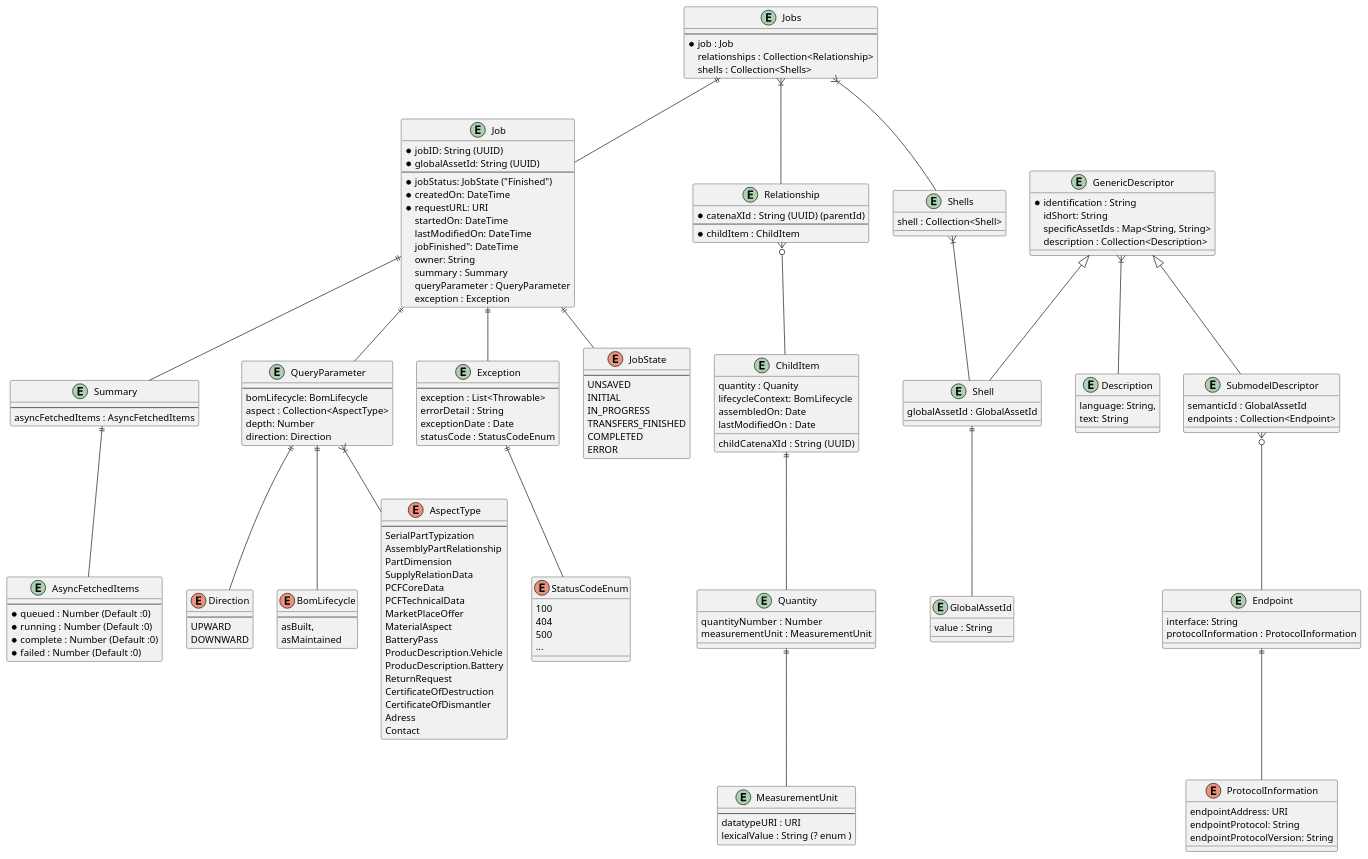
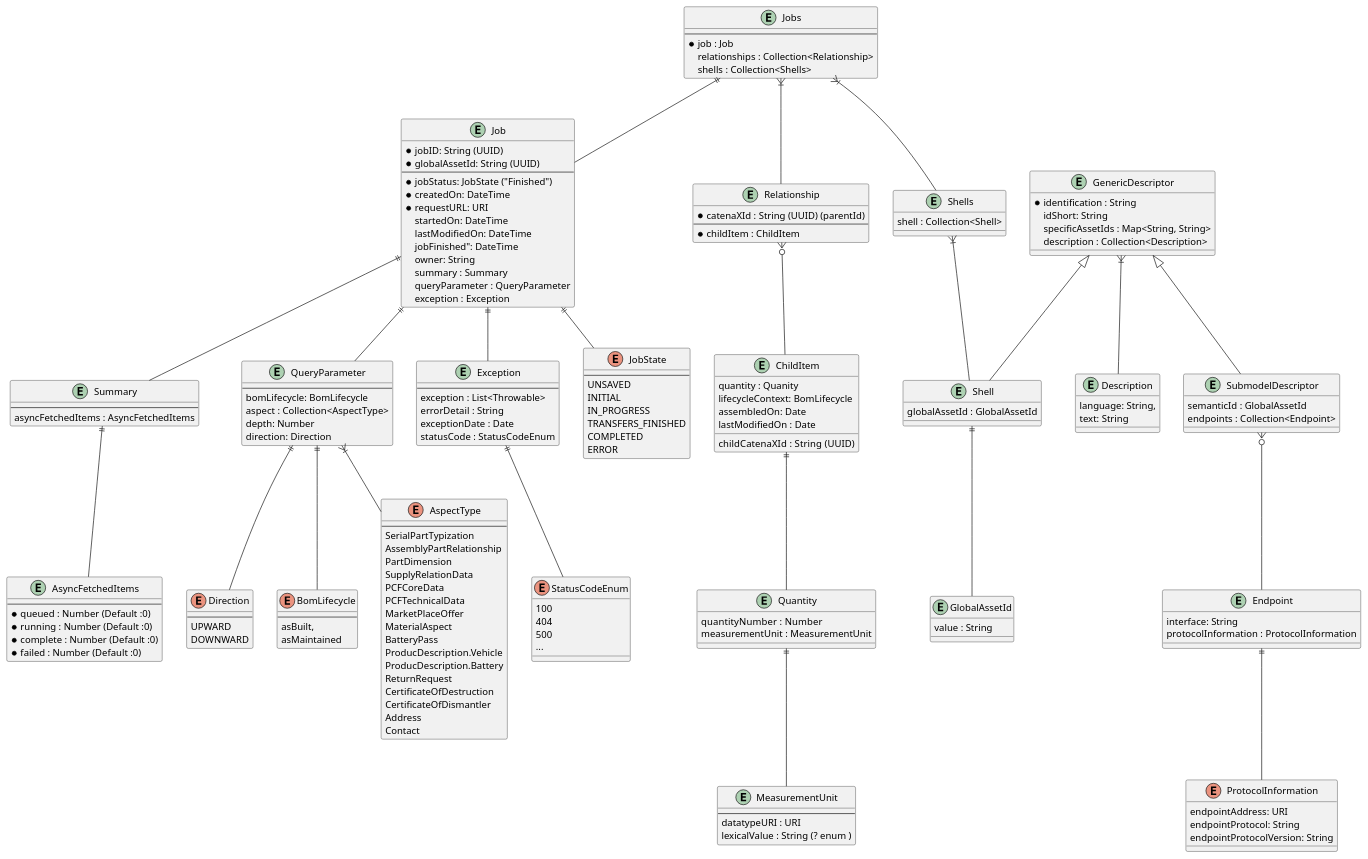
Before and after one commit to eclipse-tractusx/item-relationship-service: the diagram in uml-diagramms/partRelationshipsWithInfos-modelv0.2.puml, drawn with PlantUML. The commit also changed 2 other files, not shown here.

```diff
--- a/uml-diagramms/partRelationshipsWithInfos-modelv0.2.puml
+++ b/uml-diagramms/partRelationshipsWithInfos-modelv0.2.puml
@@ -1,194 +1,194 @@
 @startuml
 entity Jobs {
     ---
     * job : Job
     relationships : Collection<Relationship>
     shells : Collection<Shells>
 }
 
 entity Job {
      * jobID: String (UUID)
      * globalAssetId: String (UUID)
      ---
      * jobStatus: JobState ("Finished")
      * createdOn: DateTime
      * requestURL: URI
      startedOn: DateTime
      lastModifiedOn: DateTime
      jobFinished": DateTime
      owner: String
      summary : Summary
      queryParameter : QueryParameter
      exception : Exception
 }
 
 entity Summary {
     ---
     asyncFetchedItems : AsyncFetchedItems
 }
 
 entity AsyncFetchedItems {
     ---
     * queued : Number (Default :0)
     * running : Number (Default :0)
     * complete : Number (Default :0)
     * failed : Number (Default :0)
 }
 
 entity QueryParameter {
      ---
      bomLifecycle: BomLifecycle
      aspect : Collection<AspectType>
      depth: Number
      direction: Direction
 }
 
 QueryParameter ||--  Direction
 QueryParameter ||--  BomLifecycle
 QueryParameter }|--  AspectType
 Summary ||--  AsyncFetchedItems
 Job ||-- QueryParameter
 
 
 enum Direction {
     ---
     UPWARD
     DOWNWARD
 }
 
 enum BomLifecycle {
     ---
     asBuilt,
     asMaintained
 }
 
 enum AspectType {
     ---
     SerialPartTypization
 	AssemblyPartRelationship
 	PartDimension
 	SupplyRelationData
 	PCFCoreData
 	PCFTechnicalData
 	MarketPlaceOffer
 	MaterialAspect
 	BatteryPass
 	ProducDescription.Vehicle
 	ProducDescription.Battery
 	ReturnRequest
 	CertificateOfDestruction
 	CertificateOfDismantler
-	Adress
+	Address
 	Contact
 }
 
 entity Exception {
     ---
     exception : List<Throwable>
     errorDetail : String
     exceptionDate : Date
     statusCode : StatusCodeEnum
 }
 
 enum  StatusCodeEnum {
     100
     404
     500
     ...
 }
 
 enum JobState {
     ---
     UNSAVED
     INITIAL
     IN_PROGRESS
     TRANSFERS_FINISHED
     COMPLETED
     ERROR
 }
 
 entity Relationship {
    * catenaXId : String (UUID) (parentId)
 --
   * childItem : ChildItem
  }
 
 entity ChildItem {
     quantity : Quanity
     lifecycleContext: BomLifecycle
     assembledOn: Date
     lastModifiedOn : Date
     childCatenaXId  : String (UUID)
 }
 
 entity Quantity {
     quantityNumber  : Number
     measurementUnit : MeasurementUnit
 }
 
 entity MeasurementUnit {
     --
     datatypeURI : URI
     lexicalValue : String (? enum )
 }
 
 Quantity  ||-- MeasurementUnit
 ChildItem ||-- Quantity
 
 entity Shells {
     shell : Collection<Shell>
 }
 
 entity Description {
      language: String,
      text: String
 }
 
 entity GenericDescriptor {
      * identification : String
      idShort: String
      specificAssetIds : Map<String, String>
      description : Collection<Description>
 }
 
 entity Shell {
     globalAssetId : GlobalAssetId
 }
 
 entity GlobalAssetId {
     value : String
 }
 
 entity SubmodelDescriptor {
     semanticId : GlobalAssetId
     endpoints : Collection<Endpoint>
 }
 
 entity Endpoint {
     interface: String
     protocolInformation : ProtocolInformation
 }
 
 enum ProtocolInformation {
      endpointAddress: URI
      endpointProtocol: String
      endpointProtocolVersion: String
 }
 
 Jobs ||-- Job
 Jobs }|-- Relationship
 Jobs }|-- Shells
 Job ||-- JobState
 Job ||-- Summary
 Job ||--  Exception
 Shells }|-- Shell
 GenericDescriptor }|-- Description
 Shell ||-- GlobalAssetId
 GenericDescriptor <|-- Shell
 GenericDescriptor <|-- SubmodelDescriptor
 Endpoint ||--  ProtocolInformation
 Relationship }o-- ChildItem
 SubmodelDescriptor }o-- Endpoint
 Exception ||-- StatusCodeEnum
 
 @enduml
```
